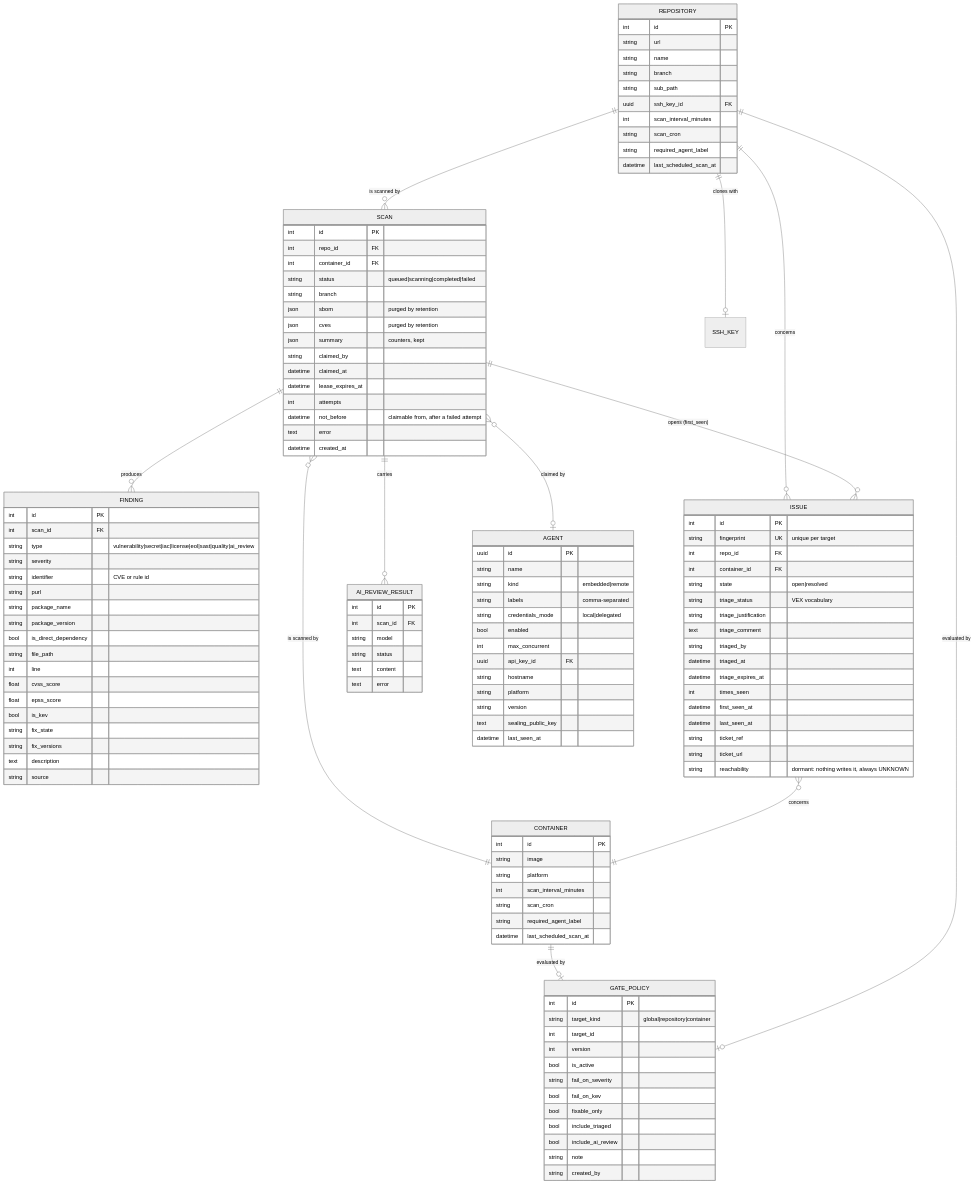
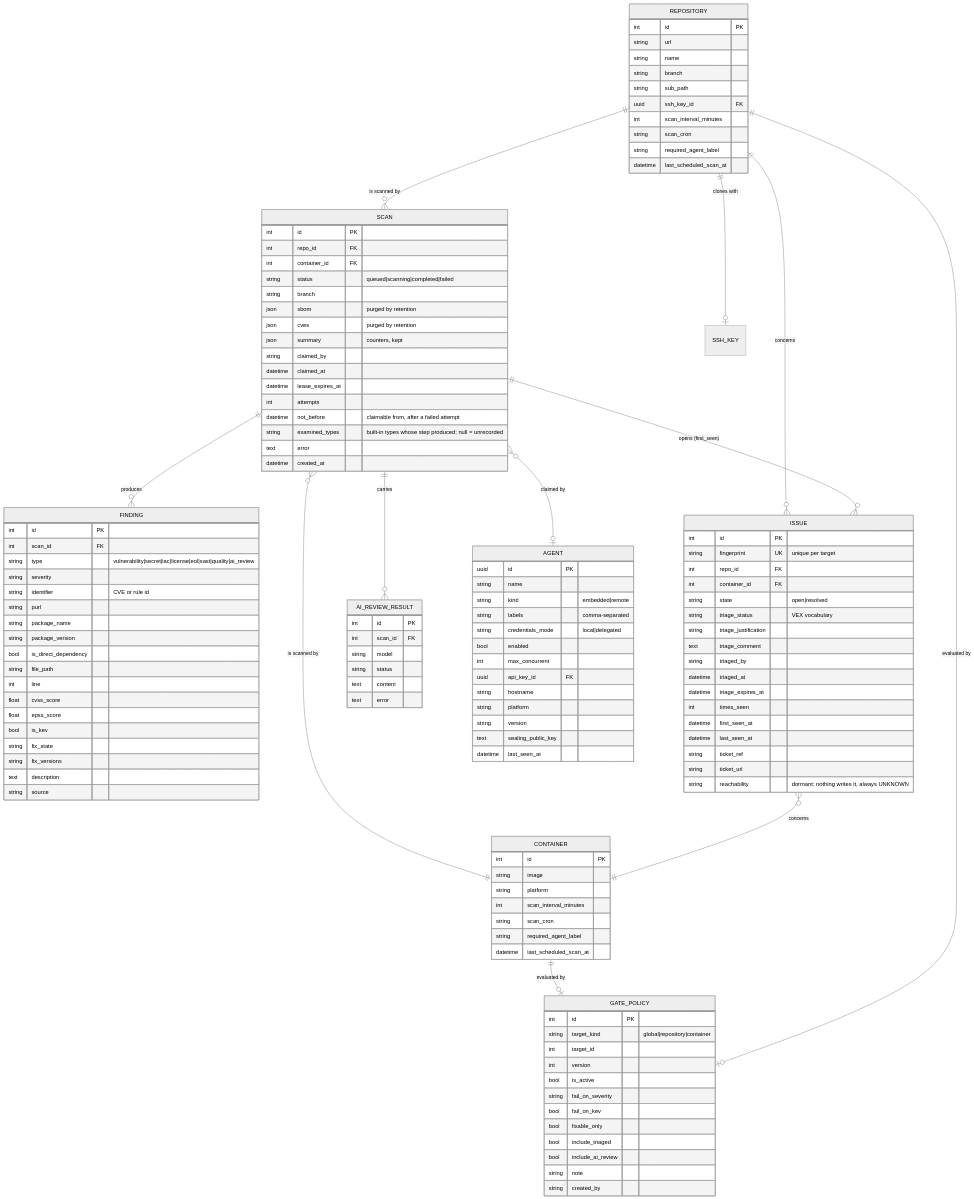
One commit to asmolabs/vectispire changed the second of 3 diagrams in docs/en/TECHNICAL_DOCUMENTATION.md. Above: the diagram before and after it, drawn with Mermaid (neutral theme). The commit also changed 7 other files, not shown here.

```diff
--- a/docs/en/TECHNICAL_DOCUMENTATION.md
+++ b/docs/en/TECHNICAL_DOCUMENTATION.md
@@ -157,6 +157,7 @@
         datetime lease_expires_at
         int attempts
         datetime not_before "claimable from, after a failed attempt"
+        string examined_types "built-in types whose step produced; null = unrecorded"
         text error
         datetime created_at
     }
```
